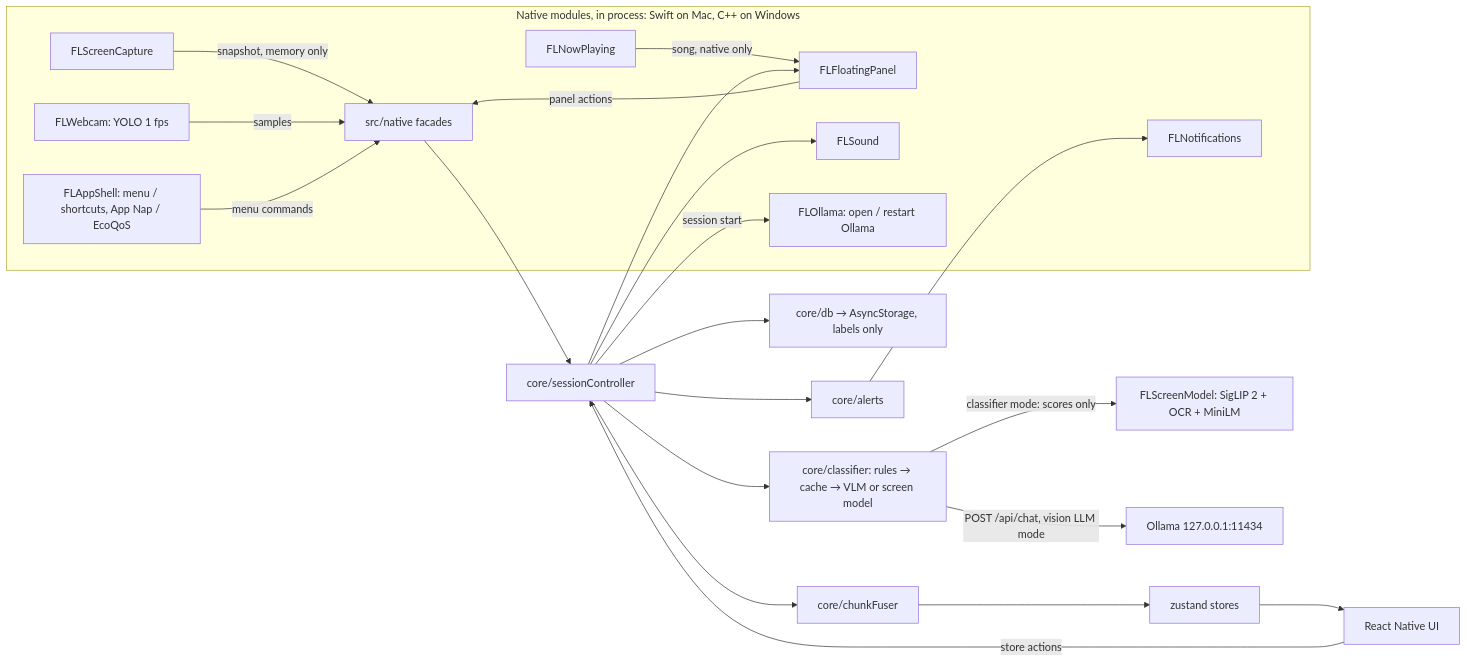
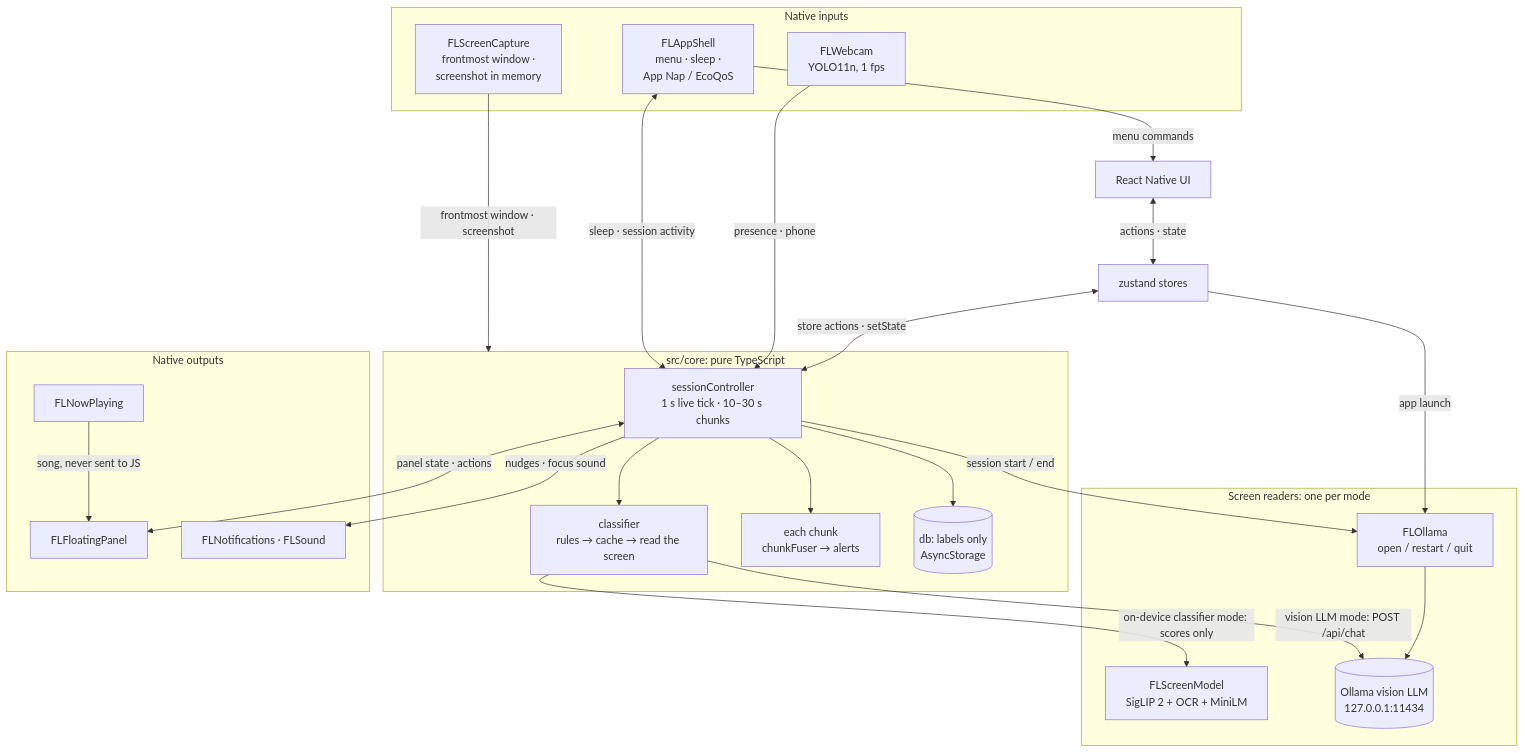
Before and after one commit to AlperErg/larpless: the diagram in README.md, drawn with Mermaid. The commit also changed 1 other file, not shown here.

Commit message:
docs: redraw the README's how-it-works diagram, drop the outdated image
The PNG claimed a fixed 10 s chunk, a Windows-only on-device classifier,
a live photo and a story card. The mermaid diagram now groups native
modules into inputs, screen readers and outputs, and fixes the menu,
app shell, Ollama and screenshot edges.

````diff
--- a/README.md
+++ b/README.md
@@ -37,25 +35,42 @@
 ```mermaid
-flowchart LR
-  subgraph native [Native modules, in process: Swift on Mac, C++ on Windows]
-    SC[FLScreenCapture] -->|snapshot, memory only| F
-    WC[FLWebcam: YOLO 1 fps] -->|samples| F
-    PN[FLFloatingPanel] -->|panel actions| F
-    AS[FLAppShell: menu / shortcuts, App Nap / EcoQoS] -->|menu commands| F
-    NP[FLNowPlaying] -->|song, native only| PN
-    NT[FLNotifications]
-    SD[FLSound]
-    OH[FLOllama: open / restart Ollama]
+flowchart TB
+  UI[React Native UI] <-->|actions · state| ST[zustand stores]
+  ST <-->|store actions · setState| CTRL
+
+  subgraph core [src/core: pure TypeScript]
+    CTRL[sessionController<br/>1 s live tick · 10–30 s chunks]
+    CLS[classifier<br/>rules → cache → read the screen]
+    CHUNK[each chunk<br/>chunkFuser → alerts]
+    DB[(db: labels only<br/>AsyncStorage)]
+    CTRL --> CLS
+    CTRL --> CHUNK
+    CTRL --> DB
   end
-  F[src/native facades] --> CTRL[core/sessionController]
-  CTRL --> CLS[core/classifier: rules → cache → VLM or screen model]
-  CLS -->|classifier mode: scores only| SM[FLScreenModel: SigLIP 2 + OCR + MiniLM]
-  CLS -->|POST /api/chat, vision LLM mode| OL[Ollama 127.0.0.1:11434]
-  CTRL --> FU[core/chunkFuser] --> ST[zustand stores]
-  CTRL --> AL[core/alerts] --> NT
-  CTRL --> PN
-  CTRL --> SD
-  CTRL -->|session start| OH
-  CTRL --> DB[core/db → AsyncStorage, labels only]
-  ST --> UI[React Native UI]
-  UI -->|store actions| CTRL
+
+  subgraph in [Native inputs]
+    SC[FLScreenCapture<br/>frontmost window ·<br/>screenshot in memory]
+    WC[FLWebcam<br/>YOLO11n, 1 fps]
+    AS[FLAppShell<br/>menu · sleep ·<br/>App Nap / EcoQoS]
+  end
+
+  subgraph read [Screen readers: one per mode]
+    SM[FLScreenModel<br/>SigLIP 2 + OCR + MiniLM]
+    OH[FLOllama<br/>open / restart / quit] --> OL[(Ollama vision LLM<br/>127.0.0.1:11434)]
+  end
+
+  subgraph out [Native outputs]
+    NP[FLNowPlaying] -->|song, never sent to JS| PN[FLFloatingPanel]
+    OUT[FLNotifications · FLSound]
+  end
+
+  SC -->|frontmost window · screenshot| core
+  WC -->|presence · phone| CTRL
+  AS <-->|sleep · session activity| CTRL
+  AS -->|menu commands| UI
+  CLS -->|on-device classifier mode: scores only| SM
+  CLS -->|vision LLM mode: POST /api/chat| OL
+  CTRL -->|session start / end| OH
+  ST -->|app launch| OH
+  CTRL <-->|panel state · actions| PN
+  CTRL -->|nudges · focus sound| OUT
 ```
````
